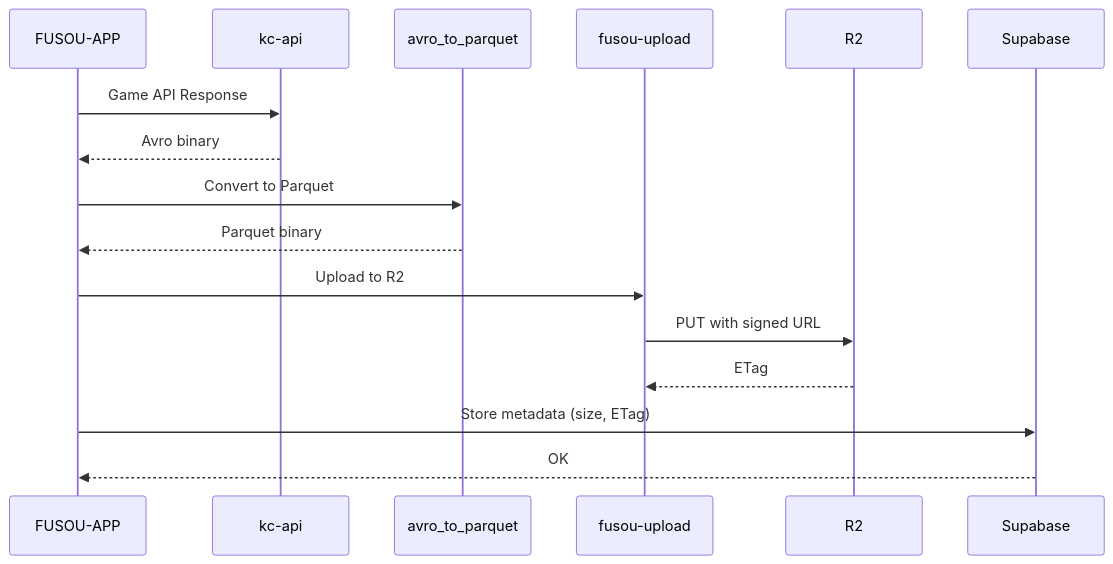
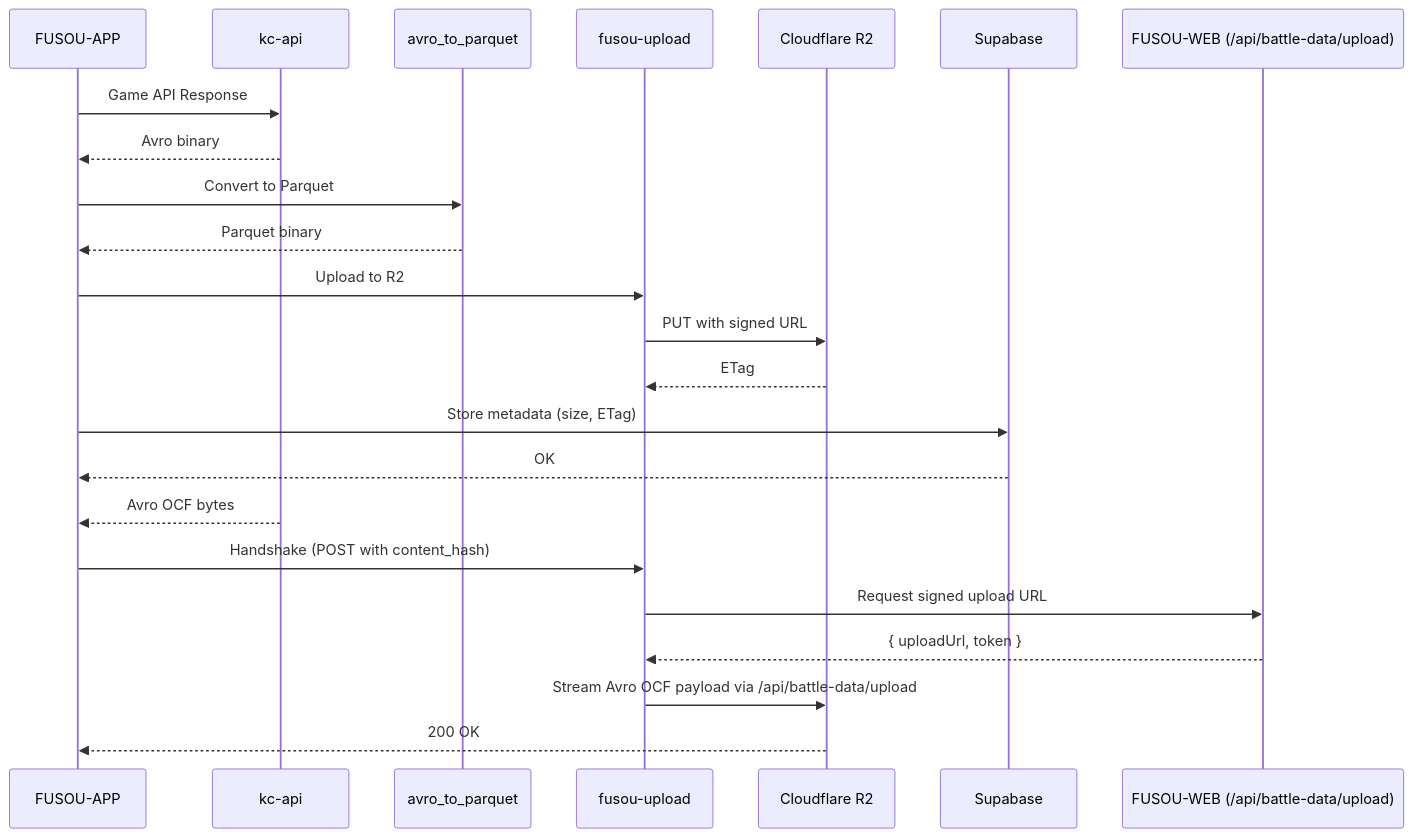
One commit to tsukasa-u/FUSOU changed the second of 7 diagrams in docs/contents/guide/api_overview.md. Above: the diagram before and after it, drawn with Mermaid. The commit also changed other lines of this file and 20 other files, not shown here.

````diff
--- a/docs/contents/guide/api_overview.md
+++ b/docs/contents/guide/api_overview.md
@@ -64,19 +78,27 @@
 ```mermaid
 sequenceDiagram
     participant App as FUSOU-APP
     participant KcApi as kc-api
     participant Converter as avro_to_parquet
     participant Uploader as fusou-upload
     participant R2
     participant Supabase
+    participant Api as FUSOU-WEB (/api/battle-data/upload)
+    participant R2 as Cloudflare R2
 
     App->>KcApi: Game API Response
     KcApi-->>App: Avro binary
     App->>Converter: Convert to Parquet
     Converter-->>App: Parquet binary
     App->>Uploader: Upload to R2
     Uploader->>R2: PUT with signed URL
     R2-->>Uploader: ETag
     App->>Supabase: Store metadata (size, ETag)
     Supabase-->>App: OK
+    KcApi-->>App: Avro OCF bytes
+    App->>Uploader: Handshake (POST with content_hash)
+    Uploader->>Api: Request signed upload URL
+    Api-->>Uploader: { uploadUrl, token }
+    Uploader->>R2: Stream Avro OCF payload via /api/battle-data/upload
+    R2-->>App: 200 OK
 ```
````
